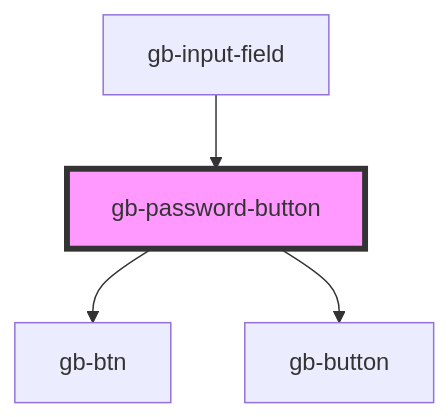
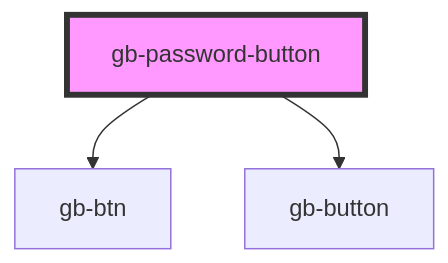
The diagram in src/components/gb-password-button/readme.md (Emmanuel1858/globusComponent), drawn with Mermaid before and after one commit. The commit also changed other lines of this file and 34 other files, not shown here.

Commit message:
redesigning the input-field component

````diff
--- a/src/components/gb-password-button/readme.md
+++ b/src/components/gb-password-button/readme.md
@@ -27,7 +23,6 @@
 ```mermaid
 graph TD;
   gb-password-button --> gb-btn
   gb-password-button --> gb-button
-  gb-input-field --> gb-password-button
   style gb-password-button fill:#f9f,stroke:#333,stroke-width:4px
 ```
````
